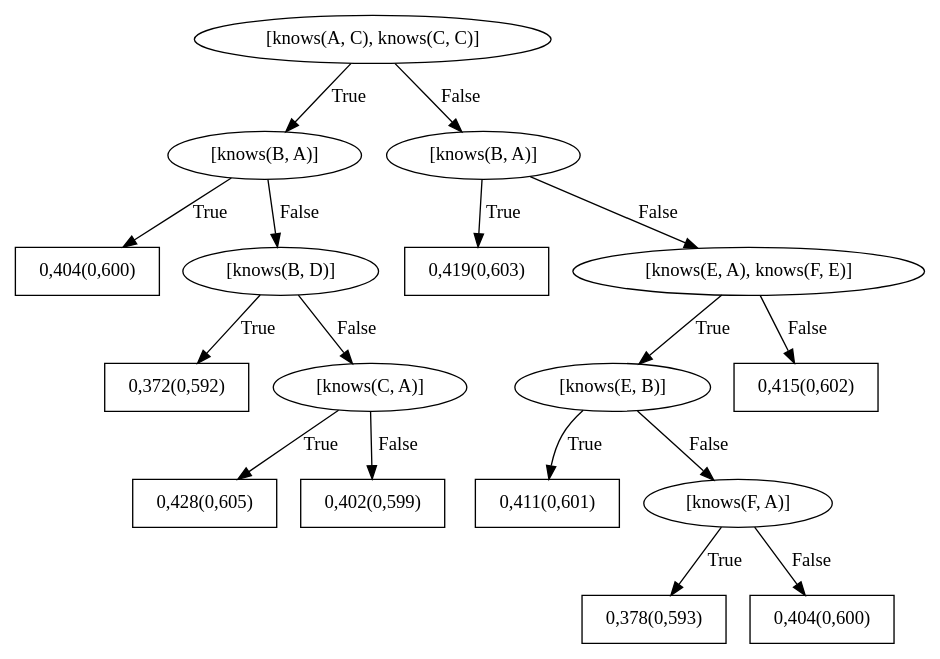
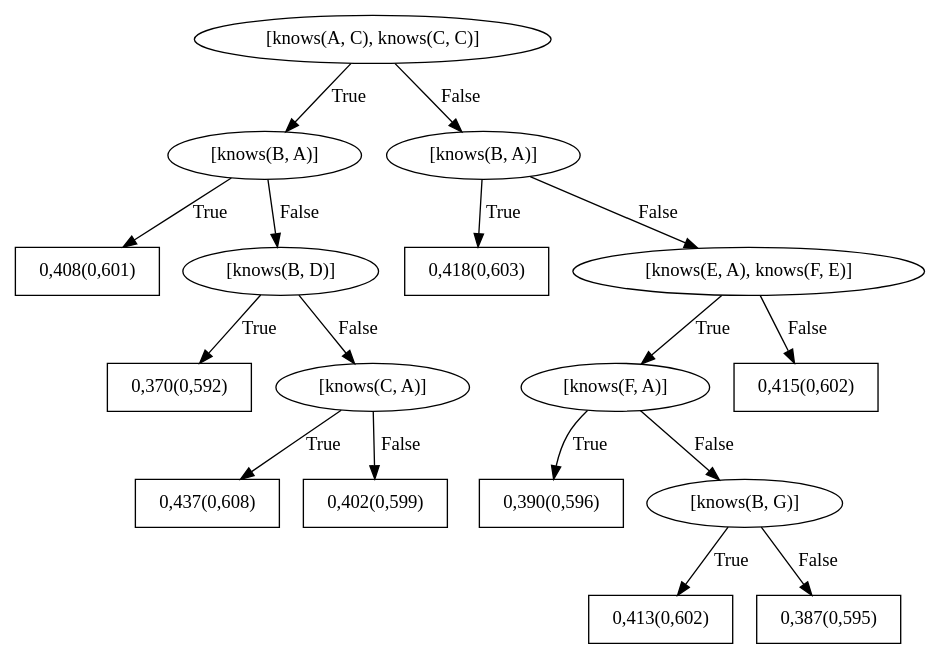
One commit to GabrielaPC/Trabalho-SRL changed the diagram in SRLBoost/data/trust/train/models/bRDNs/dotFiles/WILLTreeFor_trusts3.dot. Above: the diagram before and after it, drawn with Graphviz. The commit also changed 63 other files, not shown here.

```diff
--- a/SRLBoost/data/trust/train/models/bRDNs/dotFiles/WILLTreeFor_trusts3.dot
+++ b/SRLBoost/data/trust/train/models/bRDNs/dotFiles/WILLTreeFor_trusts3.dot
@@ -1,35 +1,35 @@
 digraph G{ 
 1[label = "[knows(A, C), knows(C, C)]"];
 1 -> 2[label="True"];
 1 -> 3[label="False"];
 2[label = "[knows(B, A)]"];
 2 -> 4[label="True"];
 2 -> 5[label="False"];
-4[shape = box,label = "0,404(0,600)"];
+4[shape = box,label = "0,408(0,601)"];
 5[label = "[knows(B, D)]"];
 5 -> 6[label="True"];
 5 -> 7[label="False"];
-6[shape = box,label = "0,372(0,592)"];
+6[shape = box,label = "0,370(0,592)"];
 7[label = "[knows(C, A)]"];
 7 -> 8[label="True"];
 7 -> 9[label="False"];
-8[shape = box,label = "0,428(0,605)"];
+8[shape = box,label = "0,437(0,608)"];
 9[shape = box,label = "0,402(0,599)"];
 3[label = "[knows(B, A)]"];
 3 -> 10[label="True"];
 3 -> 11[label="False"];
-10[shape = box,label = "0,419(0,603)"];
+10[shape = box,label = "0,418(0,603)"];
 11[label = "[knows(E, A), knows(F, E)]"];
 11 -> 12[label="True"];
 11 -> 13[label="False"];
-12[label = "[knows(E, B)]"];
+12[label = "[knows(F, A)]"];
 12 -> 14[label="True"];
 12 -> 15[label="False"];
-14[shape = box,label = "0,411(0,601)"];
-15[label = "[knows(F, A)]"];
+14[shape = box,label = "0,390(0,596)"];
+15[label = "[knows(B, G)]"];
 15 -> 16[label="True"];
 15 -> 17[label="False"];
-16[shape = box,label = "0,378(0,593)"];
-17[shape = box,label = "0,404(0,600)"];
+16[shape = box,label = "0,413(0,602)"];
+17[shape = box,label = "0,387(0,595)"];
 13[shape = box,label = "0,415(0,602)"];
 }
```
